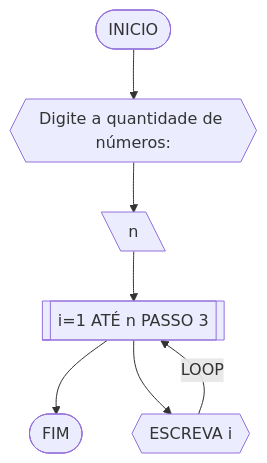
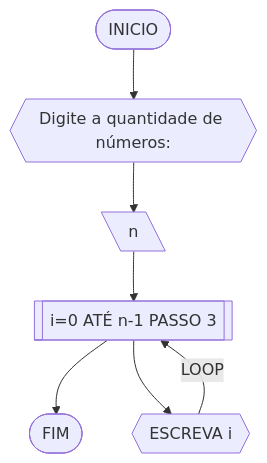
The fourth of 7 diagrams in RLA/unidade1/lista3.md (carubbi/unifor), drawn with Mermaid before and after one commit. The commit also changed other lines of this file, not shown here.

````diff
--- a/RLA/unidade1/lista3.md
+++ b/RLA/unidade1/lista3.md
@@ -152,9 +152,9 @@
 ```mermaid
 flowchart TD
 A([INICIO]) --> B{{Digite a quantidade de números: }}
 B --> C[\n\]
-C --> E[[i=1 ATÉ n PASSO 3]]
+C --> E[[i=0 ATÉ n-1 PASSO 3]]
 E --> G([FIM])
 E --> F{{ESCREVA i}}
 F --LOOP--> E
 ```
````
